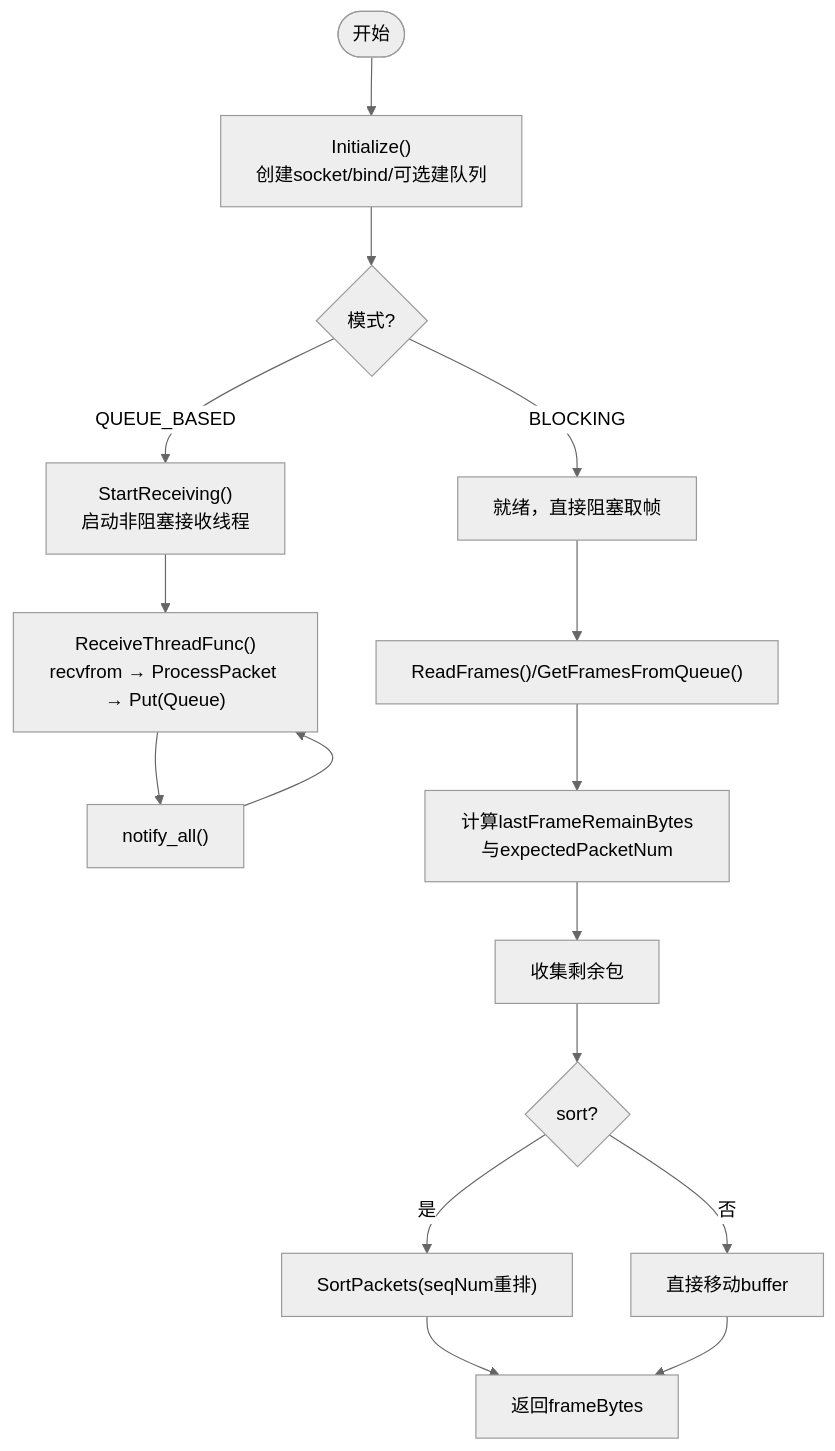
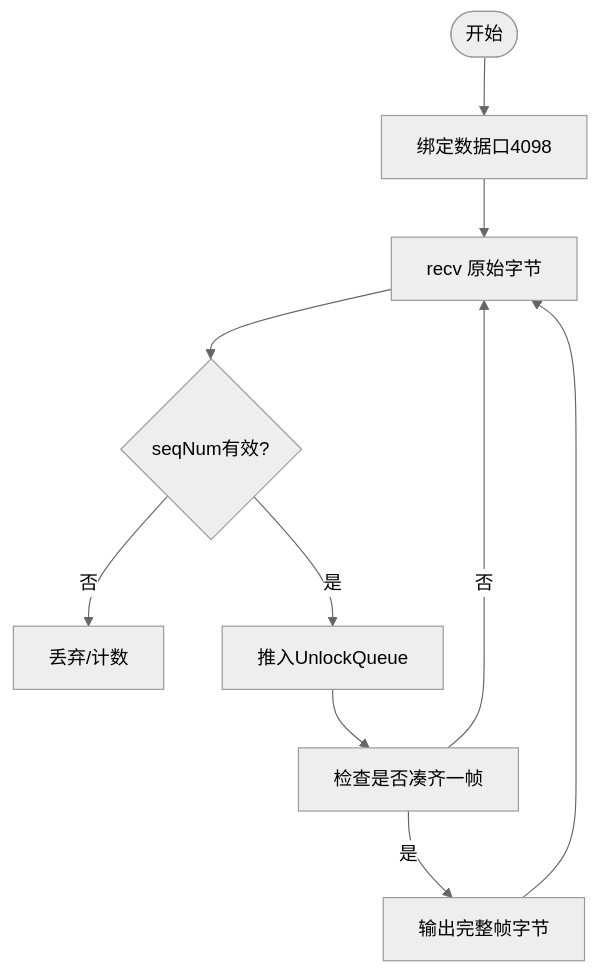
Before and after one commit to Lukad77/awr1843-radar-toolkit: the third of 6 diagrams in .qoder/repowiki/zh/content/网络数据链路与解析/网络数据链路与解析.md, drawn with Mermaid (neutral theme). The commit also changed other lines of this file and 106 other files, not shown here.

````diff
--- a/.qoder/repowiki/zh/content/网络数据链路与解析/网络数据链路与解析.md
+++ b/.qoder/repowiki/zh/content/网络数据链路与解析/网络数据链路与解析.md
@@ -136,18 +126,12 @@
 ```mermaid
 flowchart TD
-Start(["开始"]) --> Init["Initialize()<br/>创建socket/bind/可选建队列"]
-Init --> Mode{"模式?"}
-Mode --> |QUEUE_BASED| StartRecv["StartReceiving()<br/>启动非阻塞接收线程"]
-Mode --> |BLOCKING| Ready["就绪，直接阻塞取帧"]
-StartRecv --> Loop["ReceiveThreadFunc()<br/>recvfrom → ProcessPacket → Put(Queue)"]
-Loop --> Notify["notify_all()"]
-Notify --> Loop
-Ready --> Take["ReadFrames()/GetFramesFromQueue()"]
-Take --> Calc["计算lastFrameRemainBytes与expectedPacketNum"]
-Calc --> Collect["收集剩余包"]
-Collect --> Sort{"sort?"}
-Sort --> |是| Reorder["SortPackets(seqNum重排)"]
-Sort --> |否| Copy["直接移动buffer"]
-Reorder --> Out["返回frameBytes"]
-Copy --> Out
+Start(["开始"]) --> Bind["绑定数据口4098"]
+Bind --> Recv["recv 原始字节"]
+Recv --> Enq{"seqNum有效?"}
+Enq --> |否| Drop["丢弃/计数"]
+Enq --> |是| Push["推入UnlockQueue"]
+Push --> Check["检查是否凑齐一帧"]
+Check --> |否| Recv
+Check --> |是| Emit["输出完整帧字节"]
+Emit --> Recv
 ```
````
